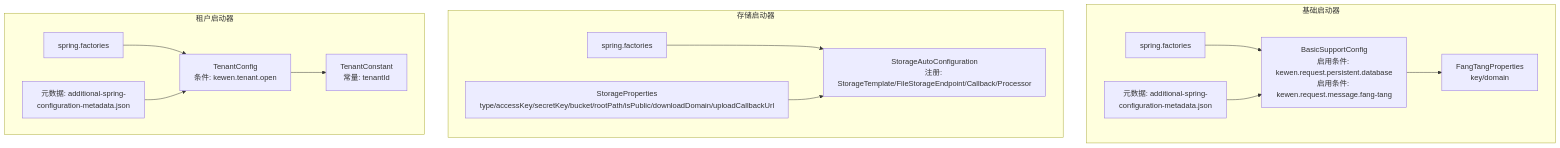
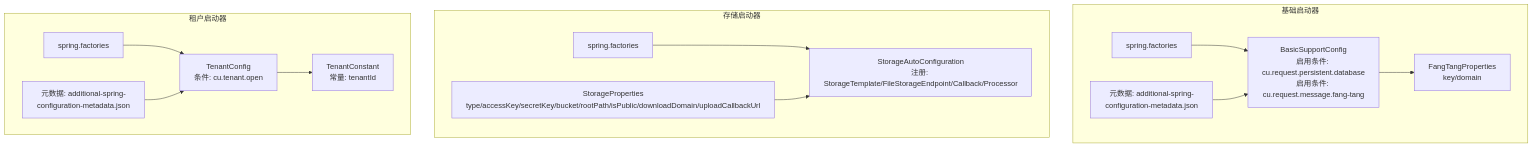
One commit to LiukewenSC/kewen-framework changed the first of 6 diagrams in .qoder/repowiki/zh/content/配置指南/模块配置.md. Above: the diagram before and after it, drawn with Mermaid. The commit also changed other lines of this file and 764 other files, not shown here.

````diff
--- a/.qoder/repowiki/zh/content/配置指南/模块配置.md
+++ b/.qoder/repowiki/zh/content/配置指南/模块配置.md
@@ -58,28 +58,28 @@
 ```mermaid
 graph TB
 subgraph "基础启动器"
-BPC["BasicSupportConfig<br/>启用条件: kewen.request.persistent.database<br/>启用条件: kewen.request.message.fang-tang"]
+BPC["BasicSupportConfig<br/>启用条件: cu.request.persistent.database<br/>启用条件: cu.request.message.fang-tang"]
 FTP["FangTangProperties<br/>key/domain"]
 BM["元数据: additional-spring-configuration-metadata.json"]
 BF["spring.factories"]
 end
 subgraph "存储启动器"
 SP["StorageProperties<br/>type/accessKey/secretKey/bucket/rootPath/isPublic/downloadDomain/uploadCallbackUrl"]
 SAC["StorageAutoConfiguration<br/>注册: StorageTemplate/FileStorageEndpoint/Callback/Processor"]
 SF["spring.factories"]
 end
 subgraph "租户启动器"
-TC["TenantConfig<br/>条件: kewen.tenant.open"]
+TC["TenantConfig<br/>条件: cu.tenant.open"]
 TCC["TenantConstant<br/>常量: tenantId"]
 TM["元数据: additional-spring-configuration-metadata.json"]
 TF["spring.factories"]
 end
 BF --> BPC
 BM --> BPC
 BPC --> FTP
 SF --> SAC
 SP --> SAC
 TF --> TC
 TM --> TC
 TC --> TCC
 ```
````
